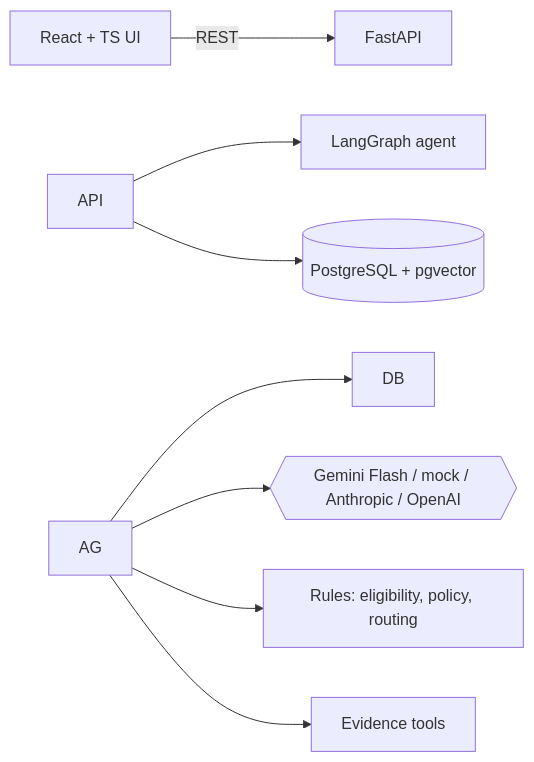
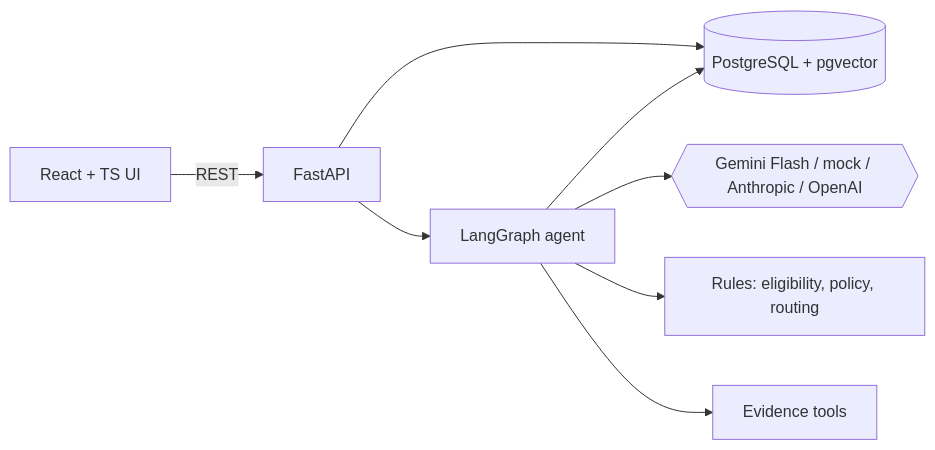
Before and after one commit to Mjyothi1/DisputeIQ: the diagram in README.md, drawn with Mermaid. The commit also changed other lines of this file and 19 other files, not shown here.

````diff
--- a/README.md
+++ b/README.md
@@ -22,10 +22,10 @@
 ```mermaid
 flowchart LR
-  UI\[React + TS UI] -->|REST| API\[FastAPI]
-  API --> AG\[LangGraph agent]
-  API --> DB\[(PostgreSQL + pgvector)]
+  UI[React + TS UI] -->|REST| API[FastAPI]
+  API --> AG[LangGraph agent]
+  API --> DB[(PostgreSQL + pgvector)]
   AG --> DB
   AG --> LLM{{Gemini Flash / mock / Anthropic / OpenAI}}
-  AG --> RULES\[Rules: eligibility, policy, routing]
-  AG --> TOOLS\[Evidence tools]
+  AG --> RULES[Rules: eligibility, policy, routing]
+  AG --> TOOLS[Evidence tools]
 ```
````
